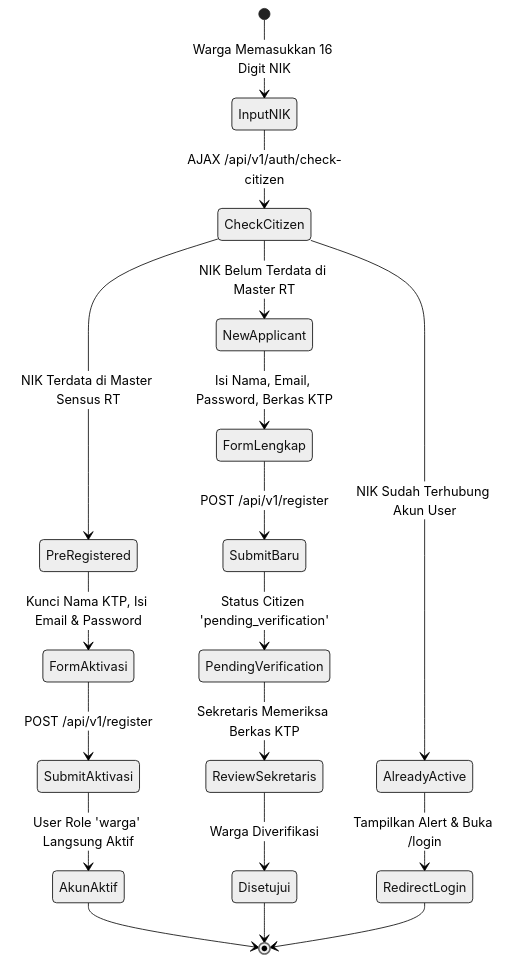
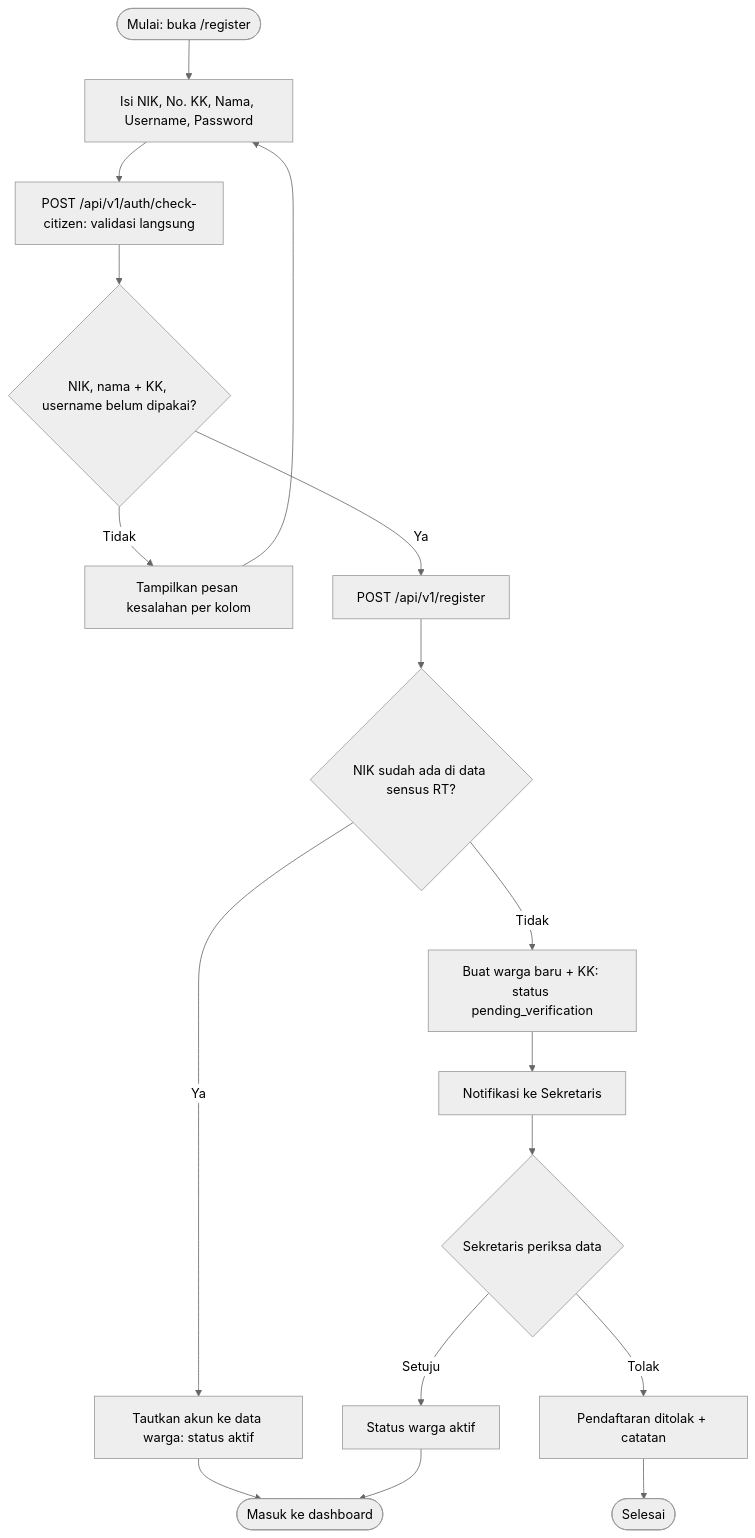
The sixth of 13 diagrams in README.md (not162/platform-layanan-publik-warga), drawn with Mermaid (neutral theme) before and after one commit. The commit also changed other lines of this file and 2 other files, not shown here.

First line of the commit message:
docs(diagrams): regenerate ERD/LRS from schema, update use case, activity, UML diagrams for PRISMA redesign

````diff
--- a/README.md
+++ b/README.md
@@ -386,25 +722,18 @@
 ```mermaid
-stateDiagram-v2
-    [*] --> InputNIK: Warga Memasukkan 16 Digit NIK
-    InputNIK --> CheckCitizen: AJAX /api/v1/auth/check-citizen
-    
-    CheckCitizen --> PreRegistered: NIK Terdata di Master Sensus RT
-    CheckCitizen --> NewApplicant: NIK Belum Terdata di Master RT
-    CheckCitizen --> AlreadyActive: NIK Sudah Terhubung Akun User
-
-    AlreadyActive --> RedirectLogin: Tampilkan Alert & Buka /login
-    
-    PreRegistered --> FormAktivasi: Kunci Nama KTP, Isi Email & Password
-    FormAktivasi --> SubmitAktivasi: POST /api/v1/register
-    SubmitAktivasi --> AkunAktif: User Role 'warga' Langsung Aktif
-
-    NewApplicant --> FormLengkap: Isi Nama, Email, Password, Berkas KTP
-    FormLengkap --> SubmitBaru: POST /api/v1/register
-    SubmitBaru --> PendingVerification: Status Citizen 'pending_verification'
-    PendingVerification --> ReviewSekretaris: Sekretaris Memeriksa Berkas KTP
-    ReviewSekretaris --> Disetujui: Warga Diverifikasi
-    
-    AkunAktif --> [*]
-    Disetujui --> [*]
-    RedirectLogin --> [*]
+flowchart TD
+    A([Mulai: buka /register]) --> B[Isi NIK, No. KK, Nama, Username, Password]
+    B --> C[POST /api/v1/auth/check-citizen: validasi langsung]
+    C --> D{NIK, nama + KK, username belum dipakai?}
+    D -- Tidak --> E[Tampilkan pesan kesalahan per kolom] --> B
+    D -- Ya --> F[POST /api/v1/register]
+    F --> G{NIK sudah ada di data sensus RT?}
+    G -- Ya --> H[Tautkan akun ke data warga: status aktif]
+    G -- Tidak --> I[Buat warga baru + KK: status pending_verification]
+    I --> J[Notifikasi ke Sekretaris]
+    J --> K{Sekretaris periksa data}
+    K -- Setuju --> L[Status warga aktif]
+    K -- Tolak --> M[Pendaftaran ditolak + catatan]
+    H --> N([Masuk ke dashboard])
+    L --> N
+    M --> O([Selesai])
 ```
````
